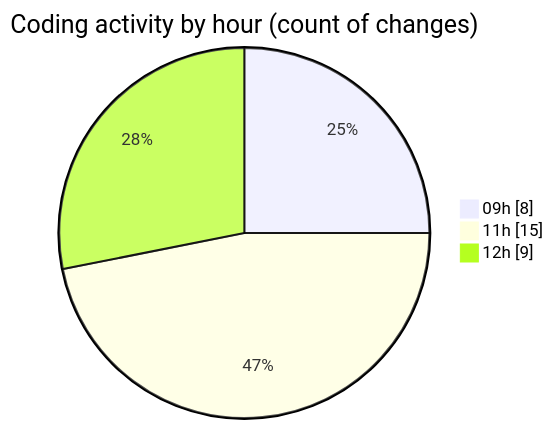
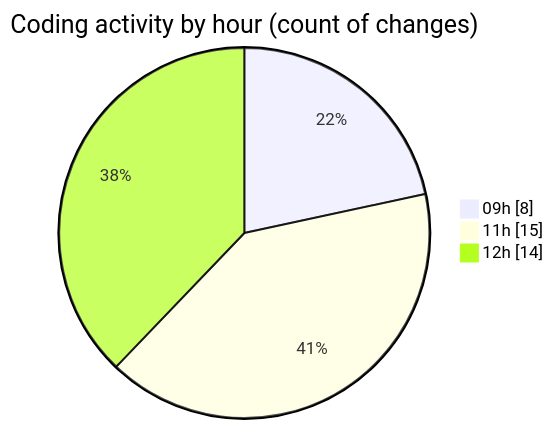
Before and after one commit to momahboobian/code-tracking: the second of 2 diagrams in 2025-11-20/cda/README.md, drawn with Mermaid. The commit also changed other lines of this file and 1 other file, not shown here.

````diff
--- a/2025-11-20/cda/README.md
+++ b/2025-11-20/cda/README.md
@@ -37,7 +38,7 @@
 ```mermaid
 pie showData
 title Coding activity by hour (count of changes)
 "09h" : 8
 "11h" : 15
-"12h" : 9
+"12h" : 14
 ```
````
